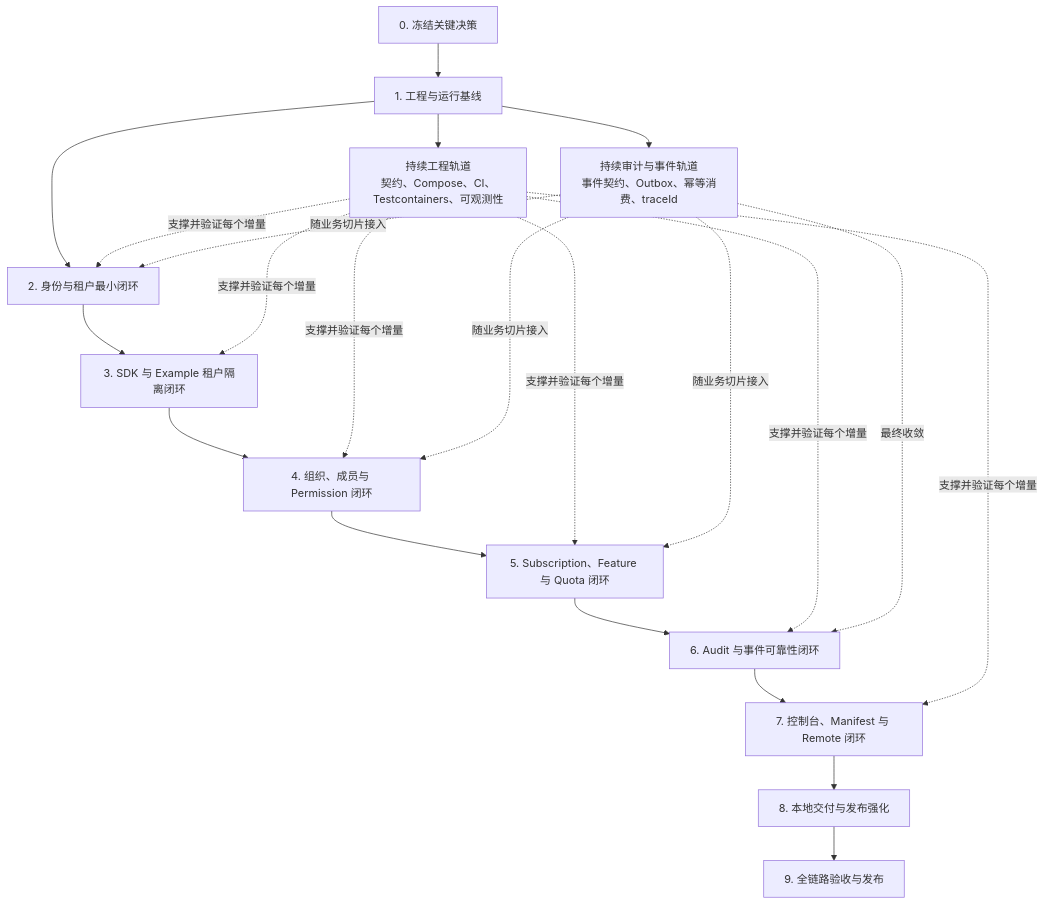
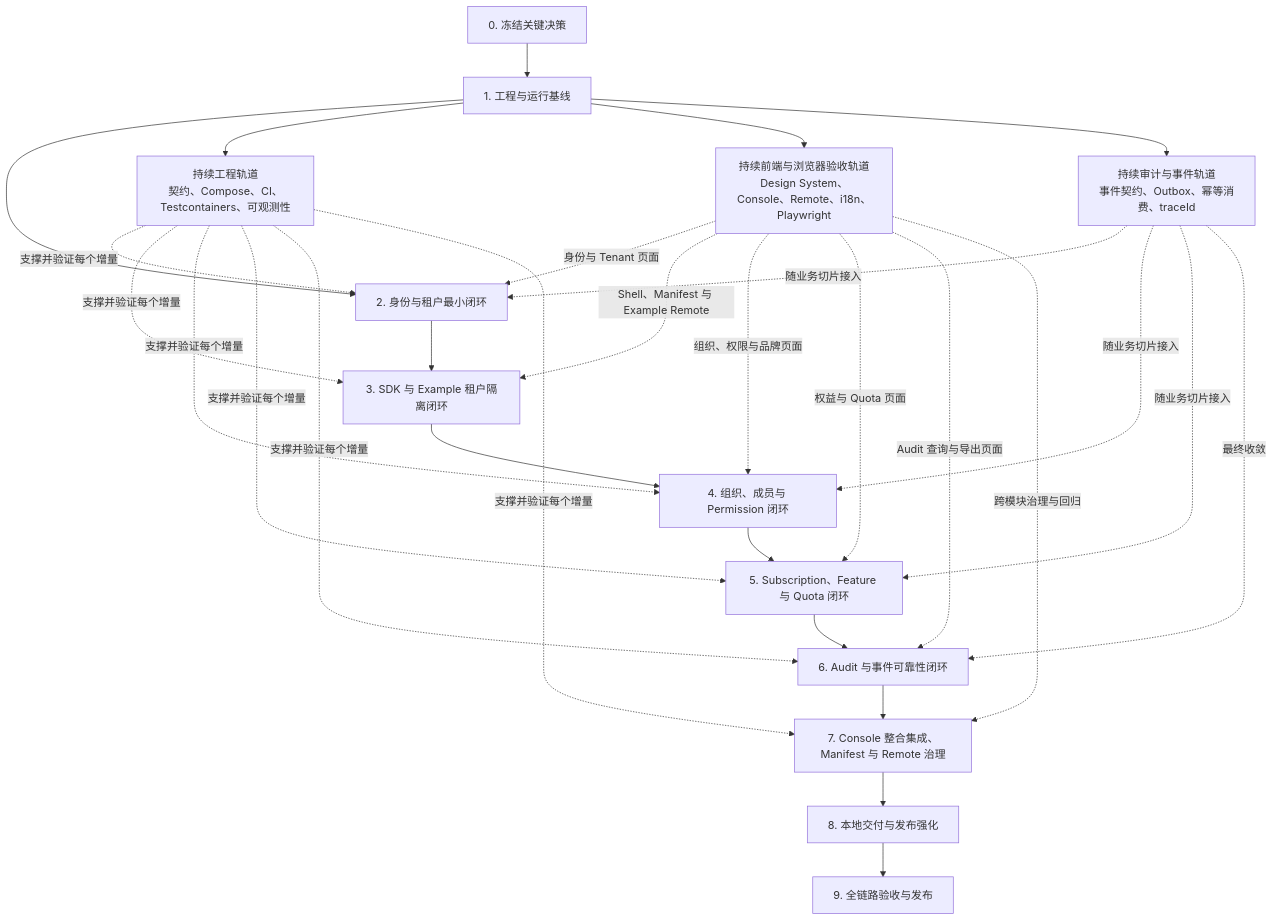
One commit to crane0927/saas-forge changed the diagram in docs/16-mvp-development-plan.md. Above: the diagram before and after it, drawn with Mermaid. The commit also changed other lines of this file and 2 other files, not shown here.

````diff
--- a/docs/16-mvp-development-plan.md
+++ b/docs/16-mvp-development-plan.md
@@ -34,26 +36,34 @@
 ```mermaid
 flowchart TD
     D0["0. 冻结关键决策"] --> D1["1. 工程与运行基线"]
     D1 --> D2["2. 身份与租户最小闭环"]
     D2 --> D3["3. SDK 与 Example 租户隔离闭环"]
     D3 --> D4["4. 组织、成员与 Permission 闭环"]
     D4 --> D5["5. Subscription、Feature 与 Quota 闭环"]
     D5 --> D6["6. Audit 与事件可靠性闭环"]
-    D6 --> D7["7. 控制台、Manifest 与 Remote 闭环"]
+    D6 --> D7["7. Console 整合集成、Manifest 与 Remote 治理"]
     D7 --> D8["8. 本地交付与发布强化"]
     D8 --> D9["9. 全链路验收与发布"]
 
     D1 --> C["持续工程轨道<br/>契约、Compose、CI、Testcontainers、可观测性"]
     C -. "支撑并验证每个增量" .-> D2
     C -. "支撑并验证每个增量" .-> D3
     C -. "支撑并验证每个增量" .-> D4
     C -. "支撑并验证每个增量" .-> D5
     C -. "支撑并验证每个增量" .-> D6
     C -. "支撑并验证每个增量" .-> D7
 
+    D1 --> F["持续前端与浏览器验收轨道<br/>Design System、Console、Remote、i18n、Playwright"]
+    F -. "身份与 Tenant 页面" .-> D2
+    F -. "Shell、Manifest 与 Example Remote" .-> D3
+    F -. "组织、权限与品牌页面" .-> D4
+    F -. "权益与 Quota 页面" .-> D5
+    F -. "Audit 查询与导出页面" .-> D6
+    F -. "跨模块治理与回归" .-> D7
+
     D1 --> A["持续审计与事件轨道<br/>事件契约、Outbox、幂等消费、traceId"]
     A -. "随业务切片接入" .-> D2
     A -. "随业务切片接入" .-> D4
     A -. "随业务切片接入" .-> D5
     A -. "最终收敛" .-> D6
 ```
````
